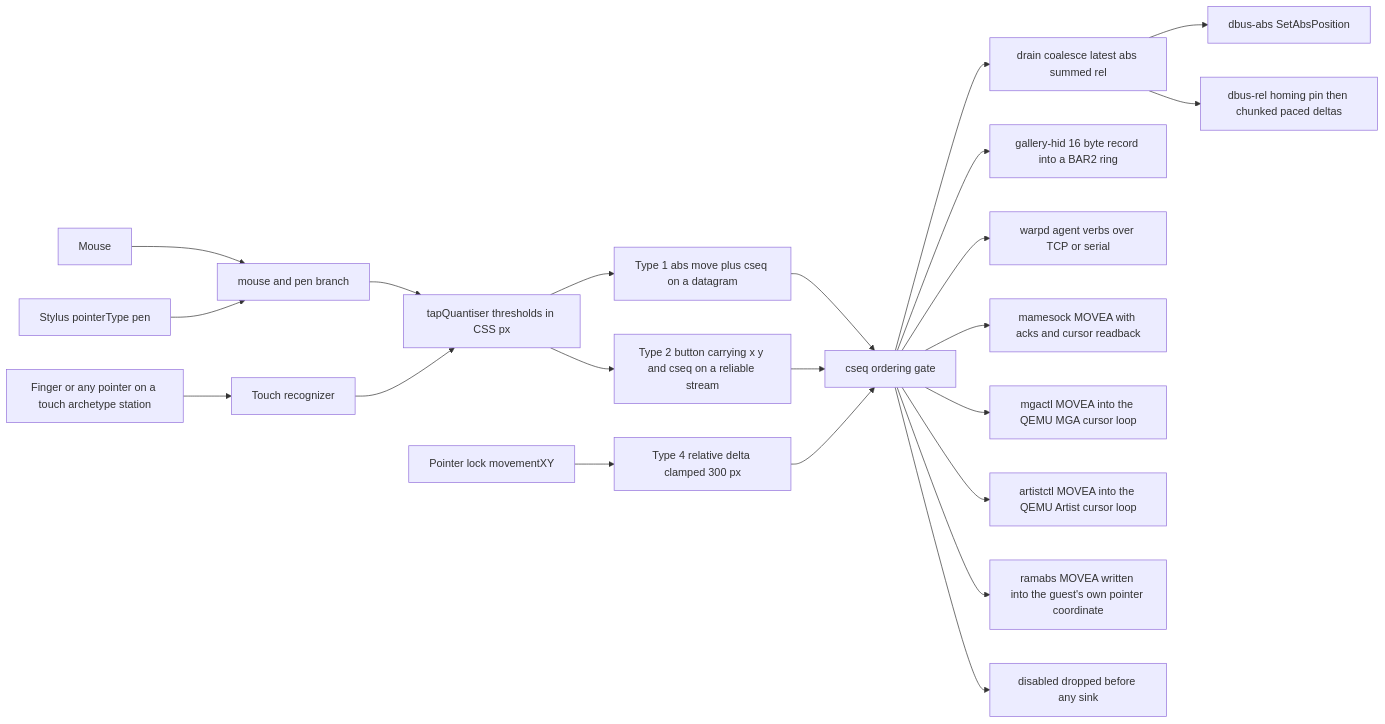
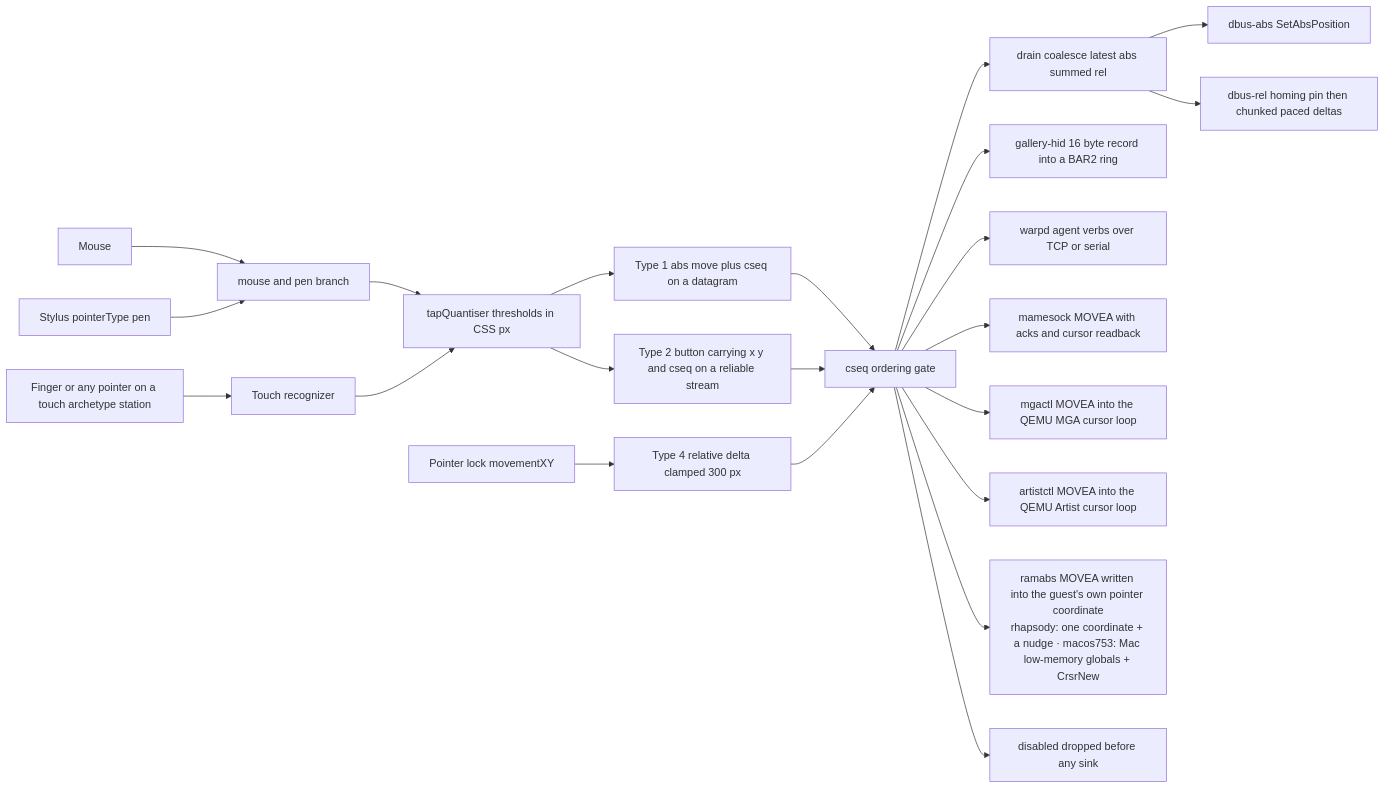
One commit to Wnt/kernel-hive changed the first of 4 diagrams in docs/IO-PATHS.md. Above: the diagram before and after it, drawn with Mermaid. The commit also changed other lines of this file and 9 other files, not shown here.

````diff
--- a/docs/IO-PATHS.md
+++ b/docs/IO-PATHS.md
@@ -56,24 +57,24 @@
 ```mermaid
 flowchart LR
   M[Mouse] --> MP[mouse and pen branch]
   P[Stylus pointerType pen] --> MP
   F[Finger or any pointer on a touch archetype station] --> TP[Touch recognizer]
   MP --> QT[tapQuantiser thresholds in CSS px]
   TP --> QT
   QT --> W1[Type 1 abs move plus cseq on a datagram]
   QT --> W2[Type 2 button carrying x y and cseq on a reliable stream]
   LK[Pointer lock movementXY] --> W4[Type 4 relative delta clamped 300 px]
   W1 --> H[cseq ordering gate]
   W2 --> H
   W4 --> H
   H --> CO[drain coalesce latest abs summed rel]
   CO --> DA[dbus-abs SetAbsPosition]
   CO --> DR[dbus-rel homing pin then chunked paced deltas]
   H --> GH[gallery-hid 16 byte record into a BAR2 ring]
   H --> WD[warpd agent verbs over TCP or serial]
   H --> MS[mamesock MOVEA with acks and cursor readback]
   H --> MG[mgactl MOVEA into the QEMU MGA cursor loop]
   H --> AR[artistctl MOVEA into the QEMU Artist cursor loop]
-  H --> RA[ramabs MOVEA written into the guest's own pointer coordinate]
+  H --> RA[ramabs MOVEA written into the guest's own pointer coordinate\nrhapsody: one coordinate + a nudge · macos753: Mac low-memory globals + CrsrNew]
   H --> X[disabled dropped before any sink]
 ```
````
